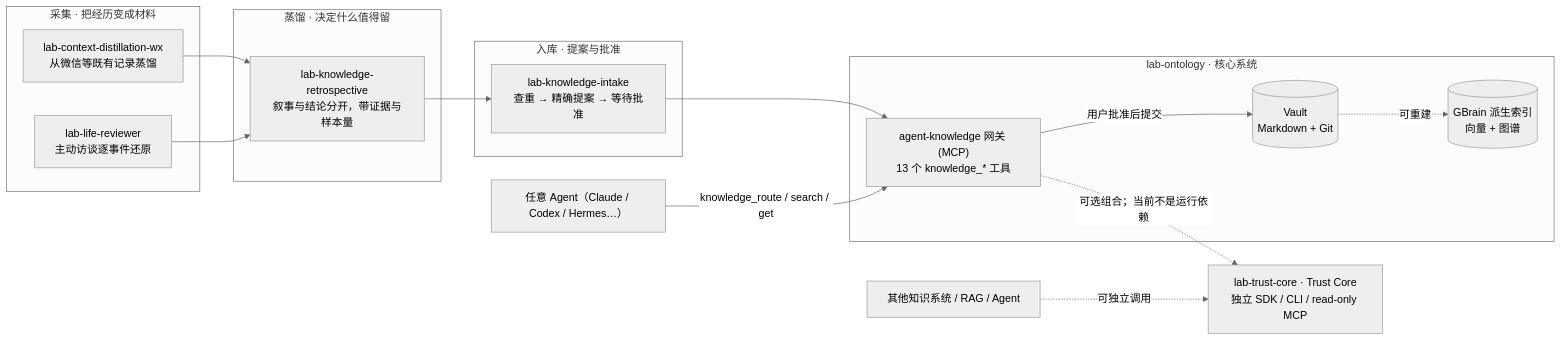
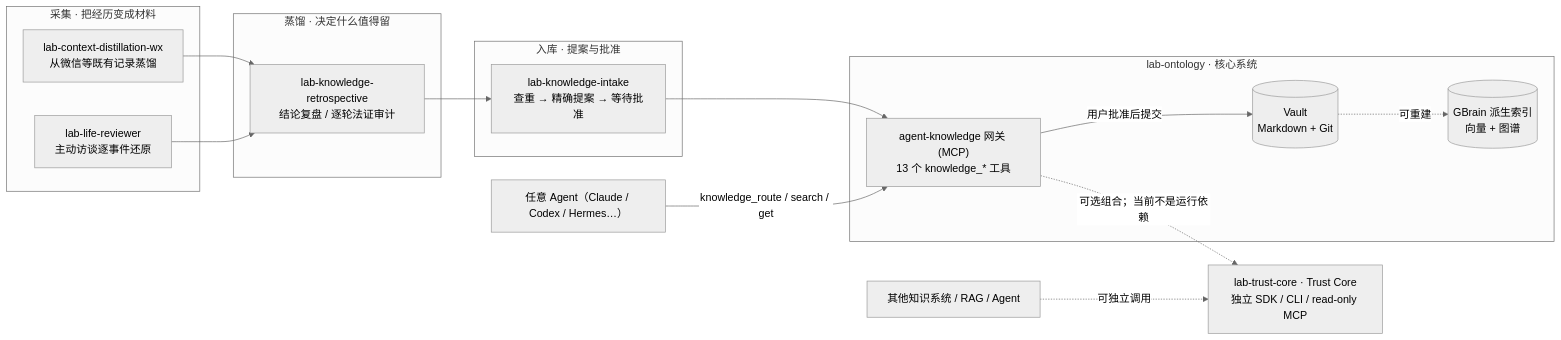
The diagram in README.md (haorantang97/Personal-Ontology), drawn with Mermaid (neutral theme) before and after one commit. The commit also changed other lines of this file and 9 other files, not shown here.

````diff
--- a/README.md
+++ b/README.md
@@ -30,28 +30,28 @@
 ```mermaid
 flowchart LR
     subgraph Collect["采集 · 把经历变成材料"]
         CD["lab-context-distillation-wx<br/>从微信等既有记录蒸馏"]
         LR["lab-life-reviewer<br/>主动访谈逐事件还原"]
     end
     subgraph Distil["蒸馏 · 决定什么值得留"]
-        KR["lab-knowledge-retrospective<br/>叙事与结论分开，带证据与样本量"]
+        KR["lab-knowledge-retrospective<br/>结论复盘 / 逐轮法证审计"]
     end
     subgraph File["入库 · 提案与批准"]
         KI["lab-knowledge-intake<br/>查重 → 精确提案 → 等待批准"]
     end
     subgraph System["lab-ontology · 核心系统"]
         GW["agent-knowledge 网关 (MCP)<br/>13 个 knowledge_* 工具"]
         V[("Vault<br/>Markdown + Git")]
         IX[("GBrain 派生索引<br/>向量 + 图谱")]
     end
     CD --> KR
     LR --> KR
     KR --> KI
     KI --> GW
     GW -- "用户批准后提交" --> V
     V -. "可重建" .-> IX
     AG["任意 Agent（Claude / Codex / Hermes…）"] -- "knowledge_route / search / get" --> GW
     TC["lab-trust-core · Trust Core<br/>独立 SDK / CLI / read-only MCP"]
     GW -. "可选组合；当前不是运行依赖" .-> TC
     EXT["其他知识系统 / RAG / Agent"] -. "可独立调用" .-> TC
 ```
````
